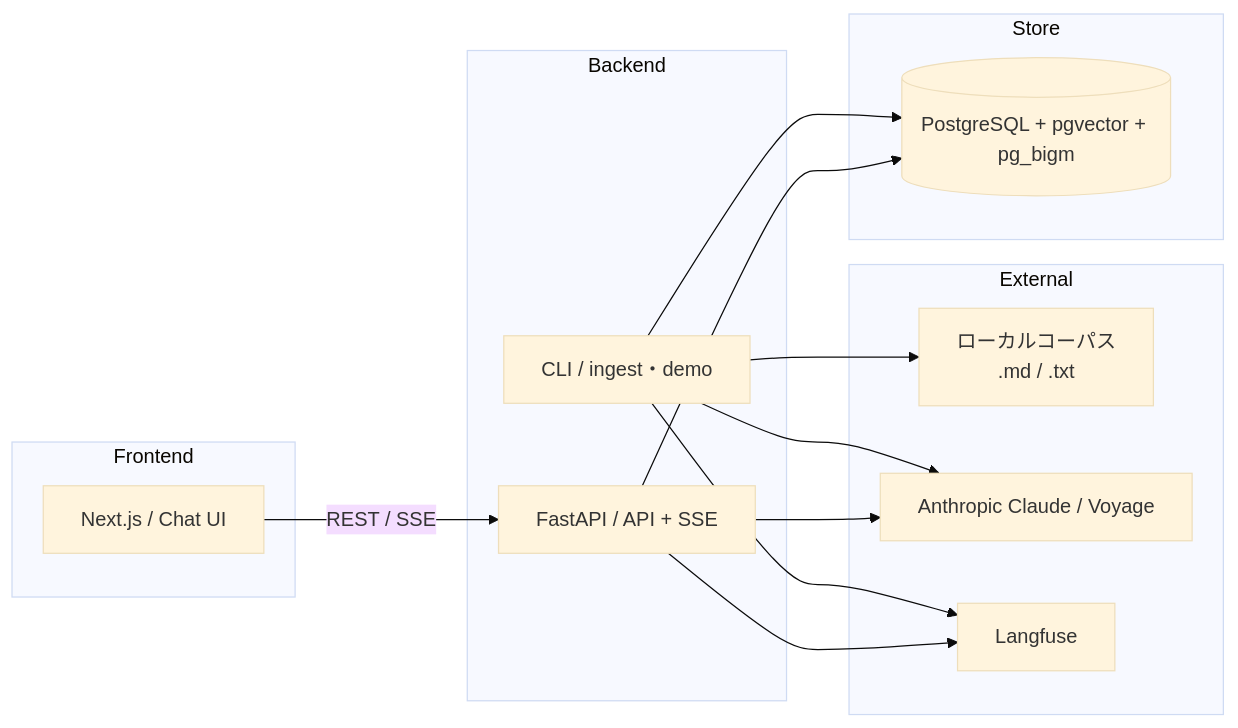
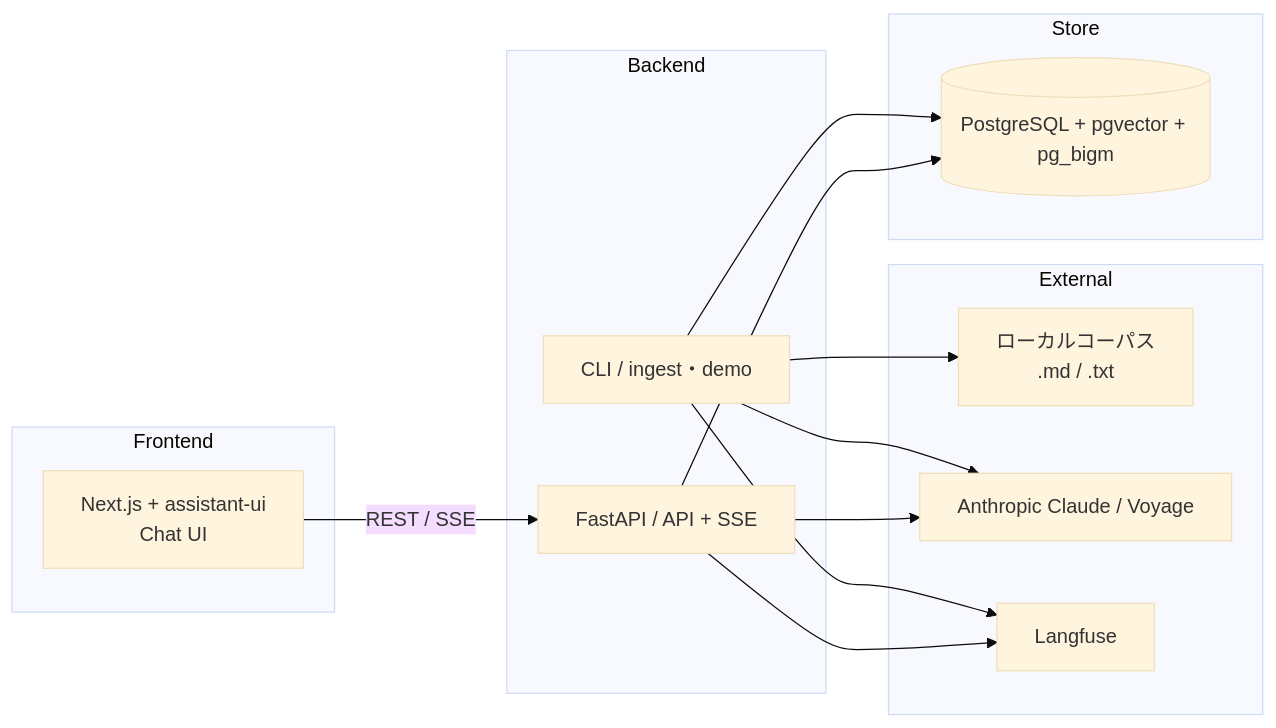
The first of 3 diagrams in docs/architecture.md (mskzuki/private_rag_apps), drawn with Mermaid (base theme) before and after one commit. The commit also changed other lines of this file and 2 other files, not shown here.

````diff
--- a/docs/architecture.md
+++ b/docs/architecture.md
@@ -13,27 +13,27 @@
 ```mermaid
 flowchart LR
     subgraph client[Frontend]
-      web[Next.js / Chat UI]
+      web[Next.js + assistant-ui<br/>Chat UI]
     end
     subgraph server[Backend]
       api[FastAPI / API + SSE]
       cli[CLI / ingest・demo]
     end
     subgraph store[Store]
       pg[(PostgreSQL + pgvector + pg_bigm)]
     end
     subgraph ext[External]
       corpus[ローカルコーパス<br/>.md / .txt]
       ai[Anthropic Claude / Voyage]
       lf[Langfuse]
     end
 
     web -->|REST / SSE| api
     api --> pg
     api --> ai
     api --> lf
     cli --> corpus
     cli --> ai
     cli --> pg
     cli --> lf
 ```
````
